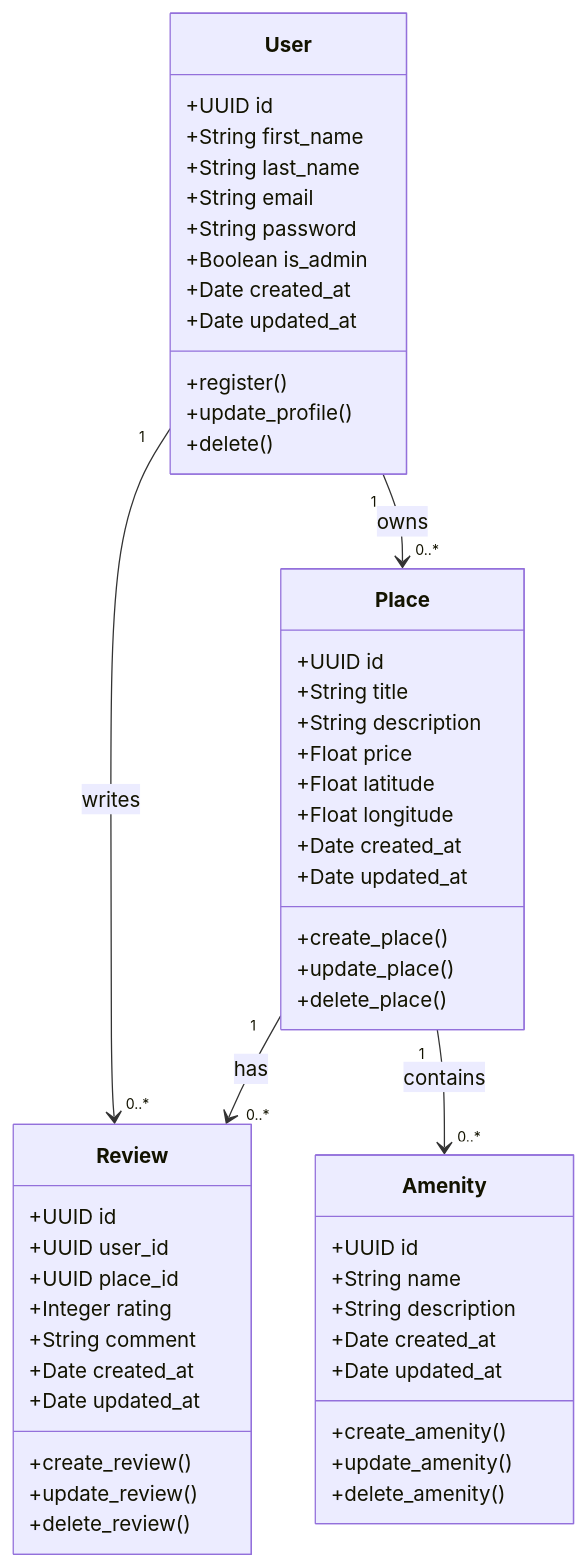
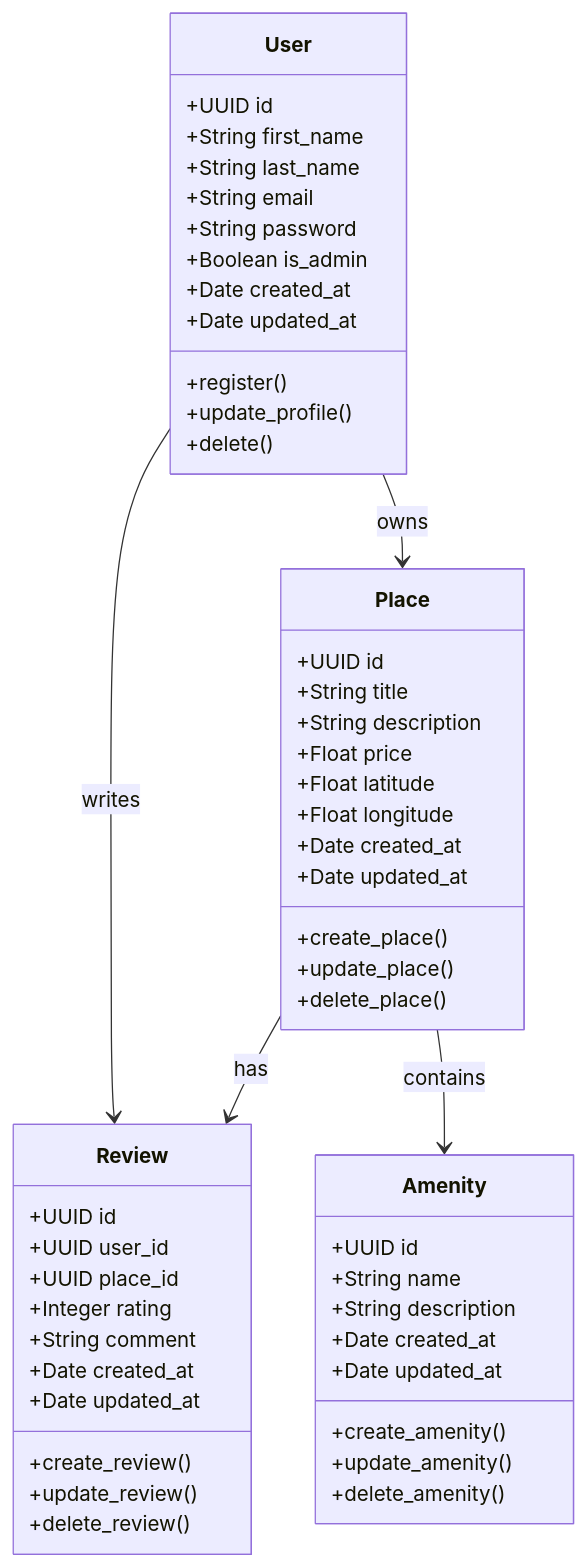
One commit to judiihh/holbertonschool-hbnb changed the second of 6 diagrams in Part-1/doc_compilation.md. Above: the diagram before and after it, drawn with Mermaid.

Commit message:
Added Documentation Compilation

````diff
--- a/Part-1/doc_compilation.md
+++ b/Part-1/doc_compilation.md
@@ -48,59 +48,59 @@
 ```mermaid
 classDiagram
   class User {
     +UUID id
     +String first_name
     +String last_name
     +String email
     +String password
     +Boolean is_admin
     +Date created_at
     +Date updated_at
     +register()
     +update_profile()
     +delete()
   }
 
   class Place {
     +UUID id
     +String title
     +String description
     +Float price
     +Float latitude
     +Float longitude
     +Date created_at
     +Date updated_at
     +create_place()
     +update_place()
     +delete_place()
   }
 
   class Review {
     +UUID id
     +UUID user_id
     +UUID place_id
     +Integer rating
     +String comment
     +Date created_at
     +Date updated_at
     +create_review()
     +update_review()
     +delete_review()
   }
 
   class Amenity {
     +UUID id
     +String name
     +String description
     +Date created_at
     +Date updated_at
     +create_amenity()
     +update_amenity()
     +delete_amenity()
   }
 
-  User "1" --> "0..*" Place : owns
-  User "1" --> "0..*" Review : writes
-  Place "1" --> "0..*" Review : has
-  Place "1" --> "0..*" Amenity : contains
+  User --> Place : owns
+  User --> Review : writes
+  Place --> Review : has
+  Place --> Amenity : contains
 ```
````
